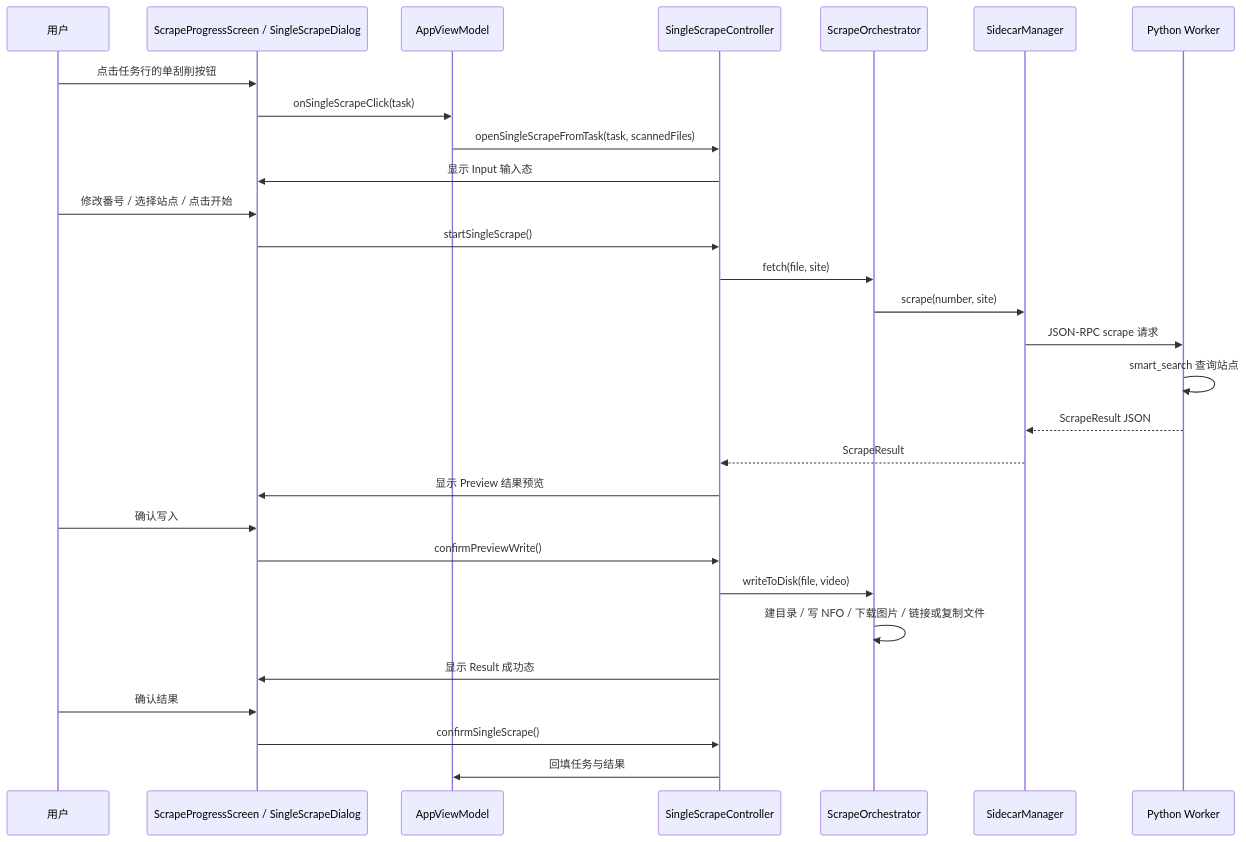
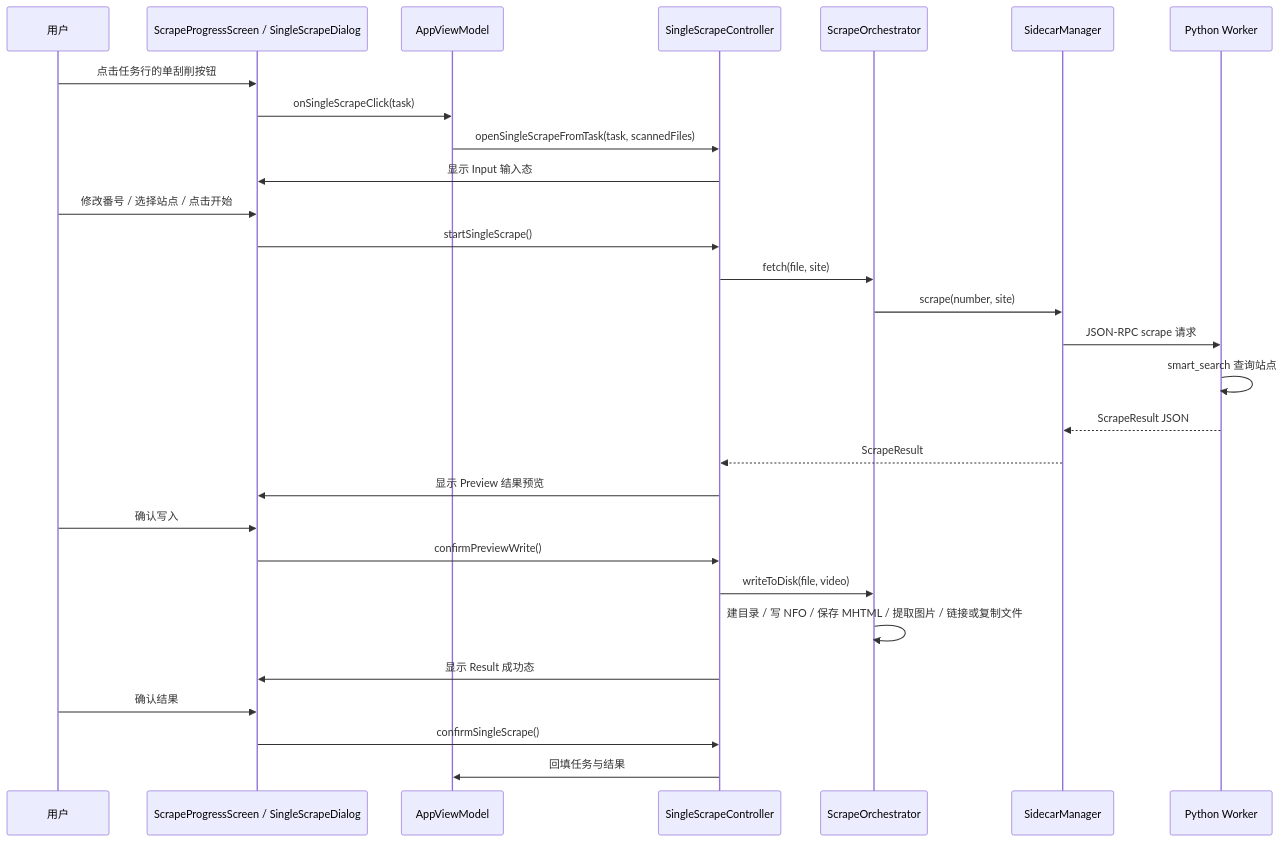
One commit to journe/JavScraper-KMP changed the first of 2 diagrams in docs/single-file-scrape-flow.md. Above: the diagram before and after it, drawn with Mermaid. The commit also changed other lines of this file and 31 other files, not shown here.

````diff
--- a/docs/single-file-scrape-flow.md
+++ b/docs/single-file-scrape-flow.md
@@ -19,32 +19,32 @@
 ```mermaid
 sequenceDiagram
     participant U as 用户
     participant UI as ScrapeProgressScreen / SingleScrapeDialog
     participant VM as AppViewModel
     participant C as SingleScrapeController
     participant O as ScrapeOrchestrator
     participant S as SidecarManager
     participant W as Python Worker
 
     U->>UI: 点击任务行的单刮削按钮
     UI->>VM: onSingleScrapeClick(task)
     VM->>C: openSingleScrapeFromTask(task, scannedFiles)
     C->>UI: 显示 Input 输入态
     U->>UI: 修改番号 / 选择站点 / 点击开始
     UI->>C: startSingleScrape()
     C->>O: fetch(file, site)
     O->>S: scrape(number, site)
     S->>W: JSON-RPC scrape 请求
     W->>W: smart_search 查询站点
     W-->>S: ScrapeResult JSON
     S-->>C: ScrapeResult
     C->>UI: 显示 Preview 结果预览
     U->>UI: 确认写入
     UI->>C: confirmPreviewWrite()
     C->>O: writeToDisk(file, video)
-    O->>O: 建目录 / 写 NFO / 下载图片 / 链接或复制文件
+    O->>O: 建目录 / 写 NFO / 保存 MHTML / 提取图片 / 链接或复制文件
     C->>UI: 显示 Result 成功态
     U->>UI: 确认结果
     UI->>C: confirmSingleScrape()
     C->>VM: 回填任务与结果
 ```
````
